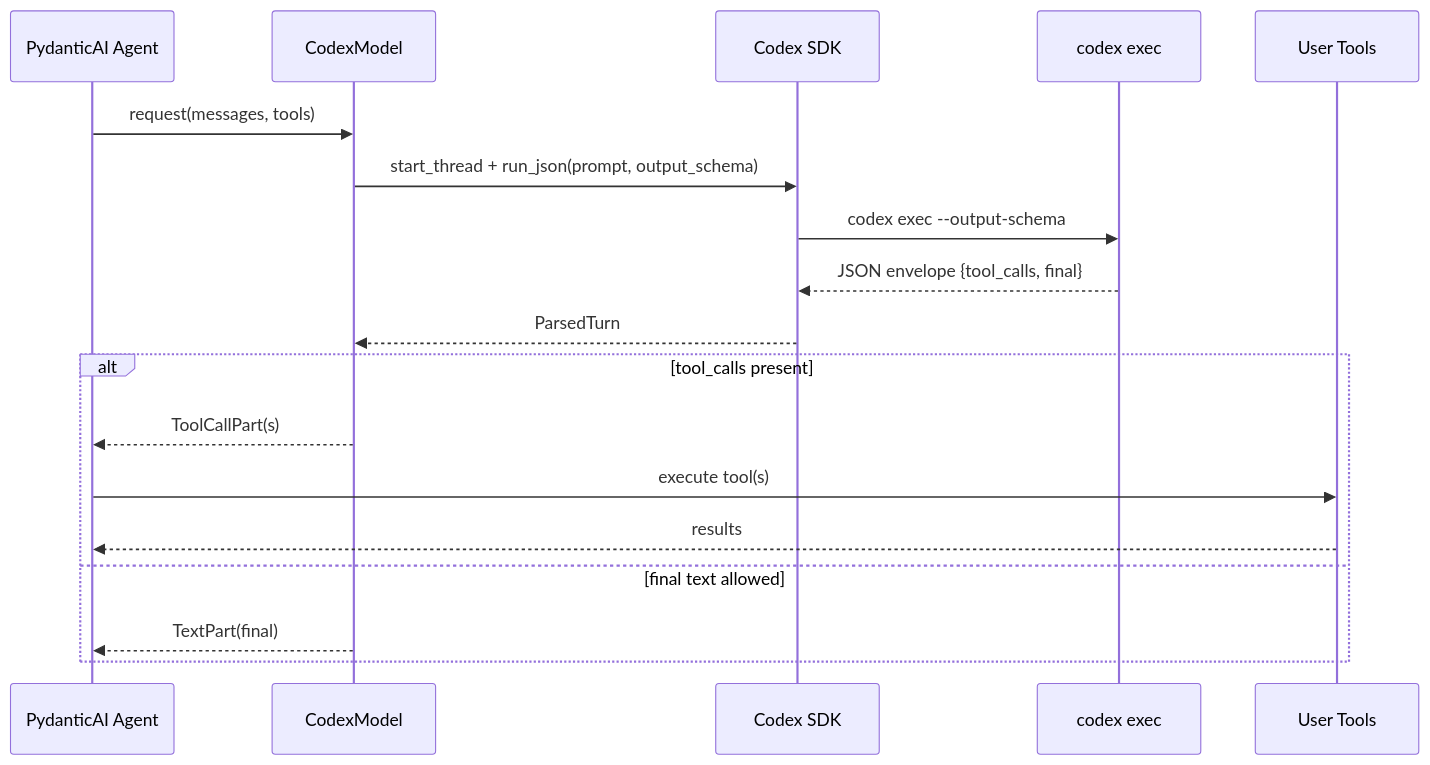
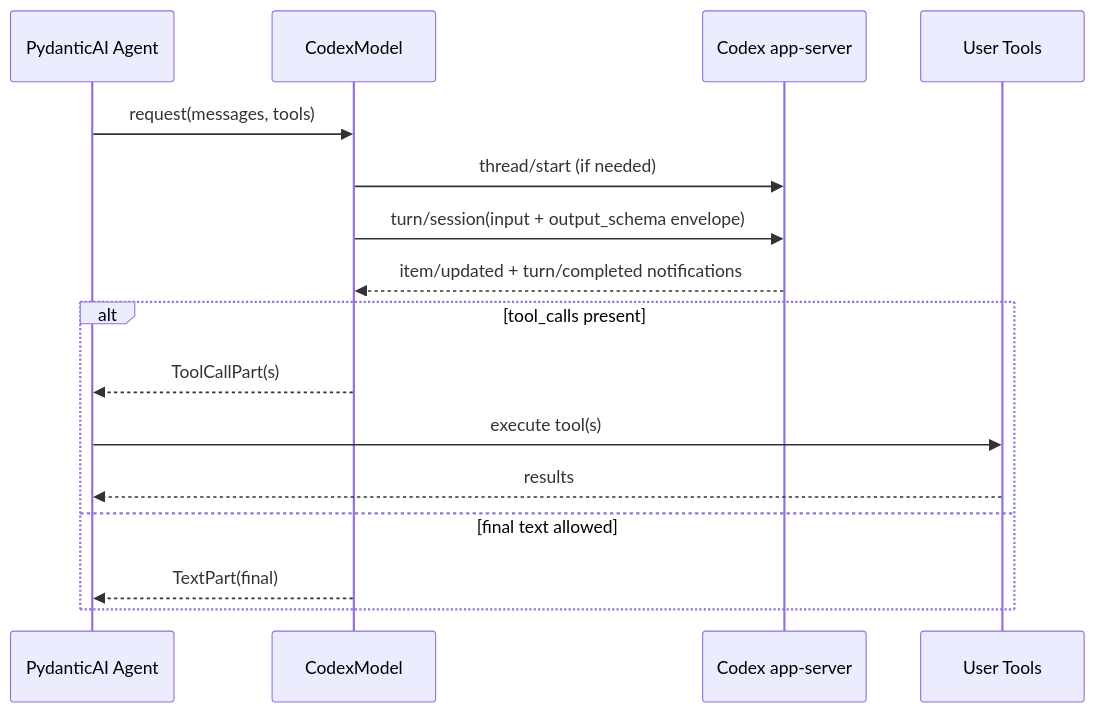
The fourth of 5 diagrams in README.md (vectorfy-co/codex-sdk-python), drawn with Mermaid before and after one commit. The commit also changed other lines of this file and 6 other files, not shown here.

Commit message:
Make CodexModel app-server-only and refresh docs

````diff
--- a/README.md
+++ b/README.md
@@ -826,21 +839,19 @@
 ```mermaid
 sequenceDiagram
   participant Agent as PydanticAI Agent
   participant Model as CodexModel
-  participant SDK as Codex SDK
-  participant CLI as codex exec
+  participant App as Codex app-server
   participant Tools as User Tools
 
   Agent->>Model: request(messages, tools)
-  Model->>SDK: start_thread + run_json(prompt, output_schema)
-  SDK->>CLI: codex exec --output-schema
-  CLI-->>SDK: JSON envelope {tool_calls, final}
-  SDK-->>Model: ParsedTurn
+  Model->>App: thread/start (if needed)
+  Model->>App: turn/session(input + output_schema envelope)
+  App-->>Model: item/updated + turn/completed notifications
   alt tool_calls present
     Model-->>Agent: ToolCallPart(s)
     Agent->>Tools: execute tool(s)
     Tools-->>Agent: results
   else final text allowed
     Model-->>Agent: TextPart(final)
   end
 ```
````
